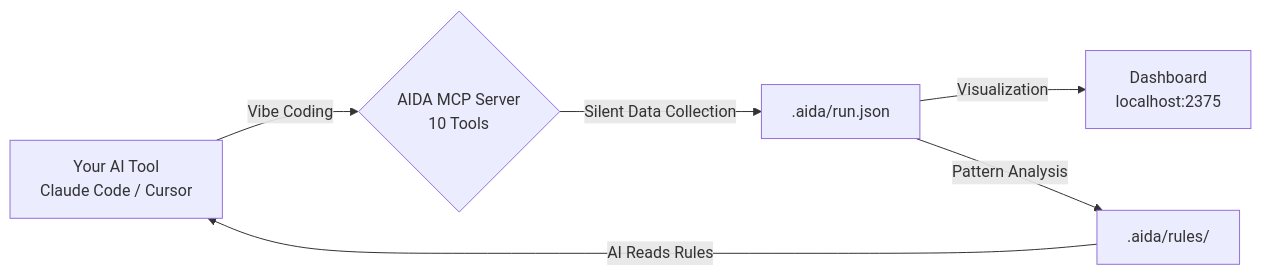
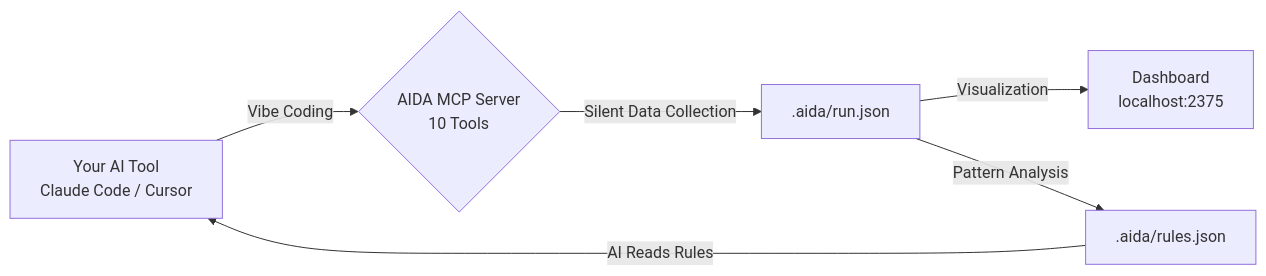
The diagram in README.md (LWTlong/aida), drawn with Mermaid before and after one commit. The commit also changed other lines of this file and 49 other files, not shown here.

Commit message:
feat: add memory runtime and legacy migration flow

````diff
--- a/README.md
+++ b/README.md
@@ -265,8 +265,8 @@
 ```mermaid
 flowchart LR
     A["Your AI Tool\nClaude Code / Cursor"] -->|Vibe Coding| B{"AIDA MCP Server\n10 Tools"}
     B -->|Silent Data Collection| C[".aida/run.json"]
     C -->|Visualization| D["Dashboard\nlocalhost:2375"]
-    C -->|Pattern Analysis| E[".aida/rules/"]
+    C -->|Pattern Analysis| E[".aida/rules.json"]
     E -->|AI Reads Rules| A
 ```
````
